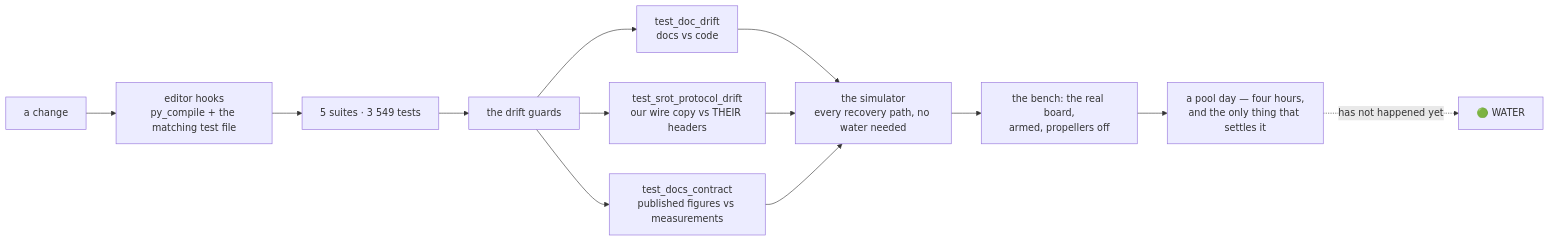
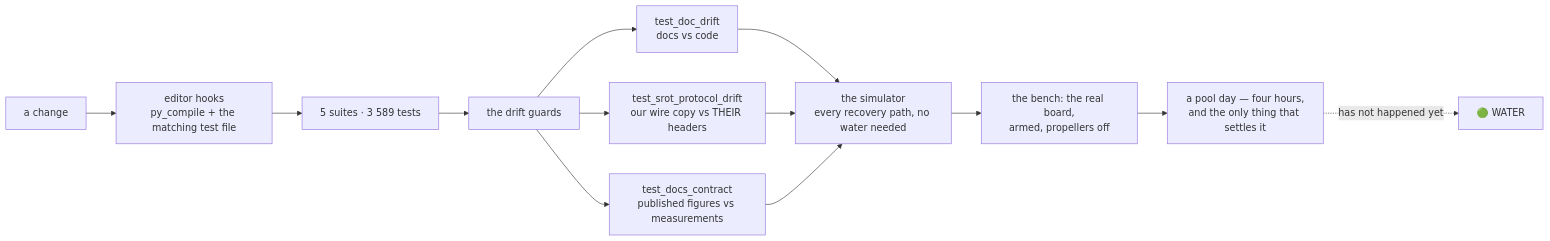
Before and after one commit to fh1m/duburi_ws: the ninth of 10 diagrams in README.md, drawn with Mermaid. The commit also changed other lines of this file and 6 other files, not shown here.

````diff
--- a/README.md
+++ b/README.md
@@ -752,15 +752,15 @@
 ```mermaid
 flowchart LR
     DEV["a change"] --> HOOK["editor hooks<br/>py_compile + the matching test file"]
-    HOOK --> UNIT["5 suites · 3 549 tests"]
+    HOOK --> UNIT["5 suites · 3 589 tests"]
     UNIT --> GUARD["the drift guards"]
     GUARD --> G1["test_doc_drift<br/>docs vs code"]
     GUARD --> G2["test_srot_protocol_drift<br/>our wire copy vs THEIR headers"]
     GUARD --> G3["test_docs_contract<br/>published figures vs measurements"]
     G1 --> SIM["the simulator<br/>every recovery path, no water needed"]
     G2 --> SIM
     G3 --> SIM
     SIM --> BENCH["the bench: the real board,<br/>armed, propellers off"]
     BENCH --> POOL["a pool day — four hours,<br/>and the only thing that settles it"]
     POOL -.->|"has not happened yet"| WATER["🟢 WATER"]
 ```
````
